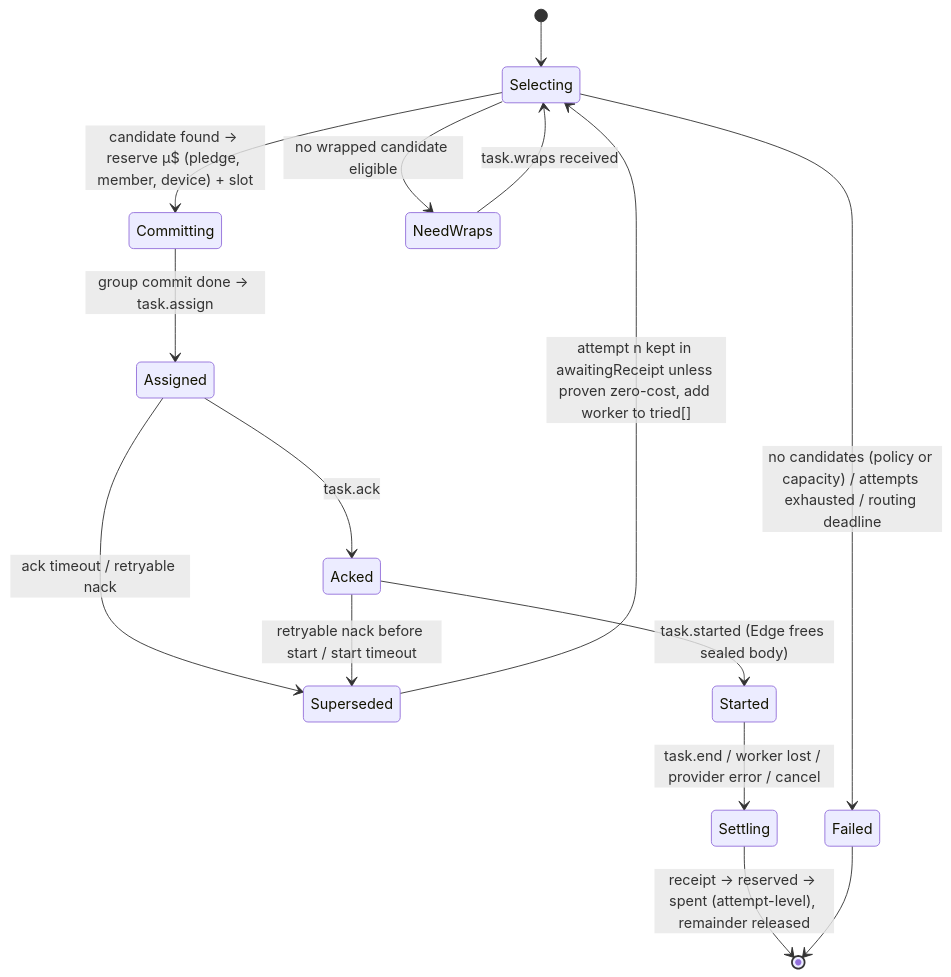
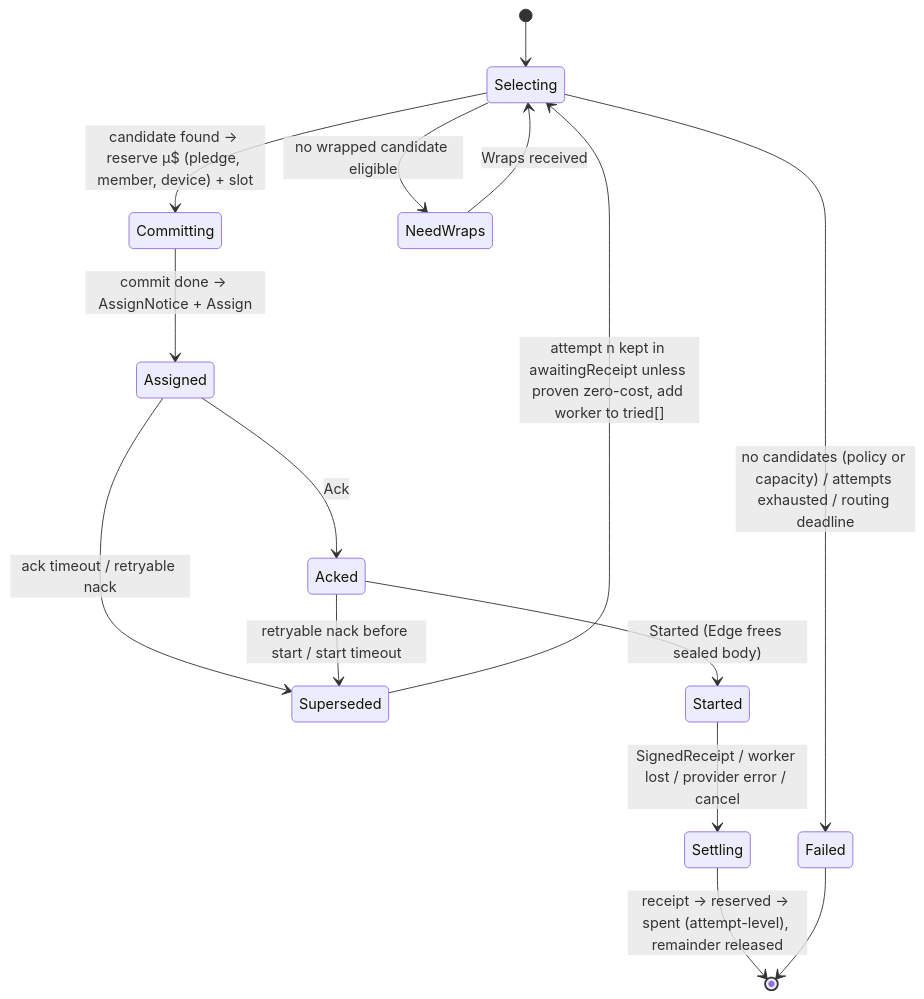
One commit to moochy-dev/moochy-docs changed the second of 2 diagrams in docs/plan/04-routing-engine.md. Above: the diagram before and after it, drawn with Mermaid. The commit also changed other lines of this file and 5 other files, not shown here.

````diff
--- a/docs/plan/04-routing-engine.md
+++ b/docs/plan/04-routing-engine.md
@@ -181,17 +189,17 @@
 ```mermaid
 stateDiagram-v2
   [*] --> Selecting
   Selecting --> Committing: candidate found → reserve µ$ (pledge, member, device) + slot
   Selecting --> NeedWraps: no wrapped candidate eligible
-  NeedWraps --> Selecting: task.wraps received
+  NeedWraps --> Selecting: Wraps received
   Selecting --> Failed: no candidates (policy or capacity) / attempts exhausted / routing deadline
-  Committing --> Assigned: group commit done → task.assign
-  Assigned --> Acked: task.ack
+  Committing --> Assigned: commit done → AssignNotice + Assign
+  Assigned --> Acked: Ack
   Assigned --> Superseded: ack timeout / retryable nack
-  Acked --> Started: task.started (Edge frees sealed body)
+  Acked --> Started: Started (Edge frees sealed body)
   Acked --> Superseded: retryable nack before start / start timeout
   Superseded --> Selecting: attempt n kept in awaitingReceipt unless proven zero-cost, add worker to tried[]
-  Started --> Settling: task.end / worker lost / provider error / cancel
+  Started --> Settling: SignedReceipt / worker lost / provider error / cancel
   Settling --> [*]: receipt → reserved → spent (attempt-level), remainder released
   Failed --> [*]
 ```
````
